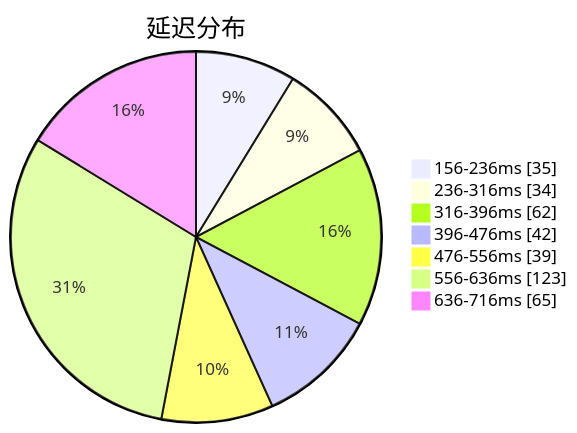
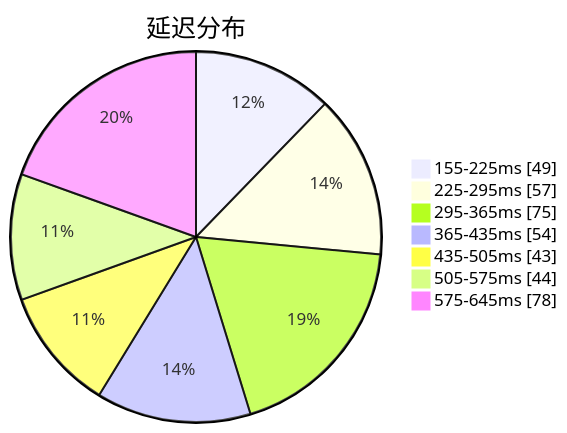
Before and after one commit to qjlxg/airport: the first of 3 diagrams in subs/statistics/tested_within.md, drawn with Mermaid. The commit also changed other lines of this file and 2 other files, not shown here.

````diff
--- a/subs/statistics/tested_within.md
+++ b/subs/statistics/tested_within.md
@@ -2,11 +2,11 @@
 ```mermaid
 pie showData
 title 延迟分布
-"156-236ms" : 35
-"236-316ms" : 34
-"316-396ms" : 62
-"396-476ms" : 42
-"476-556ms" : 39
-"556-636ms" : 123
-"636-716ms" : 65
+"155-225ms" : 49
+"225-295ms" : 57
+"295-365ms" : 75
+"365-435ms" : 54
+"435-505ms" : 43
+"505-575ms" : 44
+"575-645ms" : 78
 ```
````
